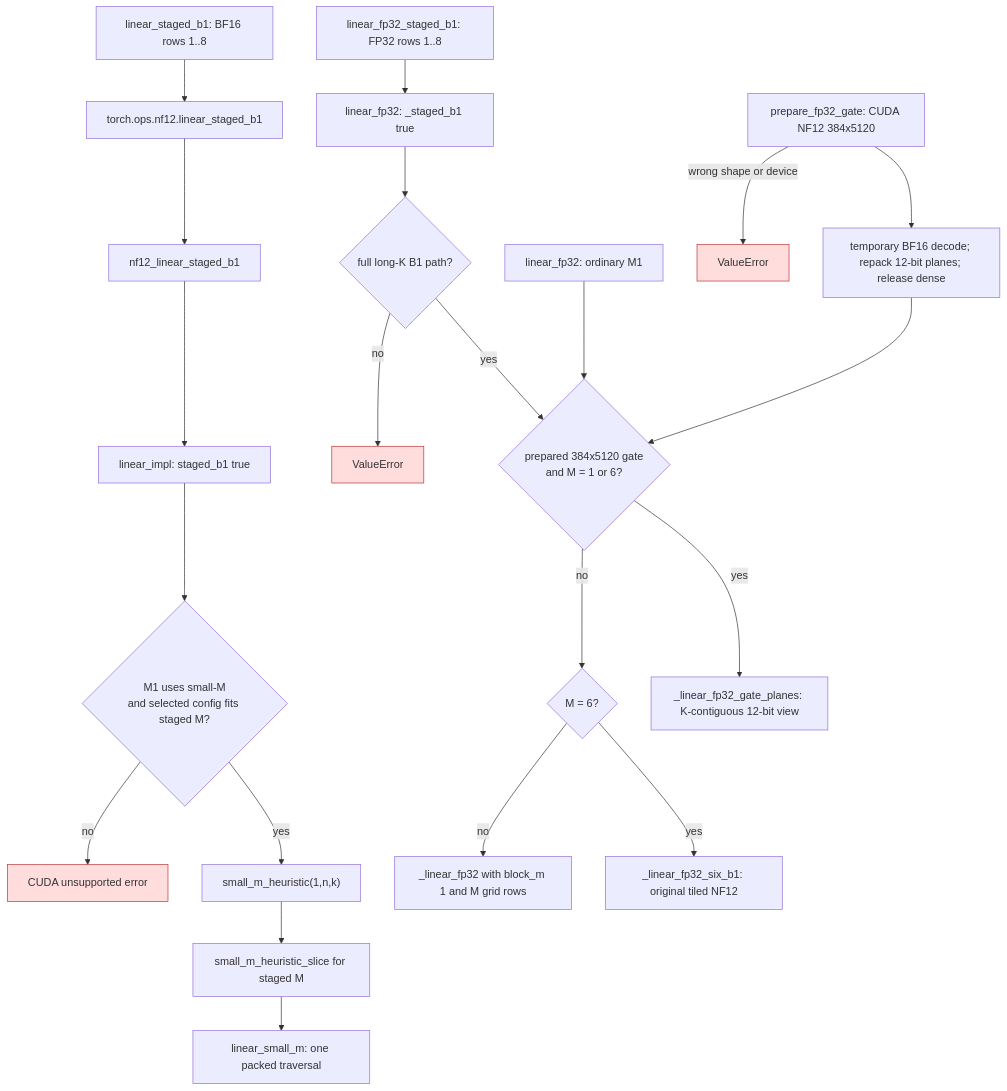
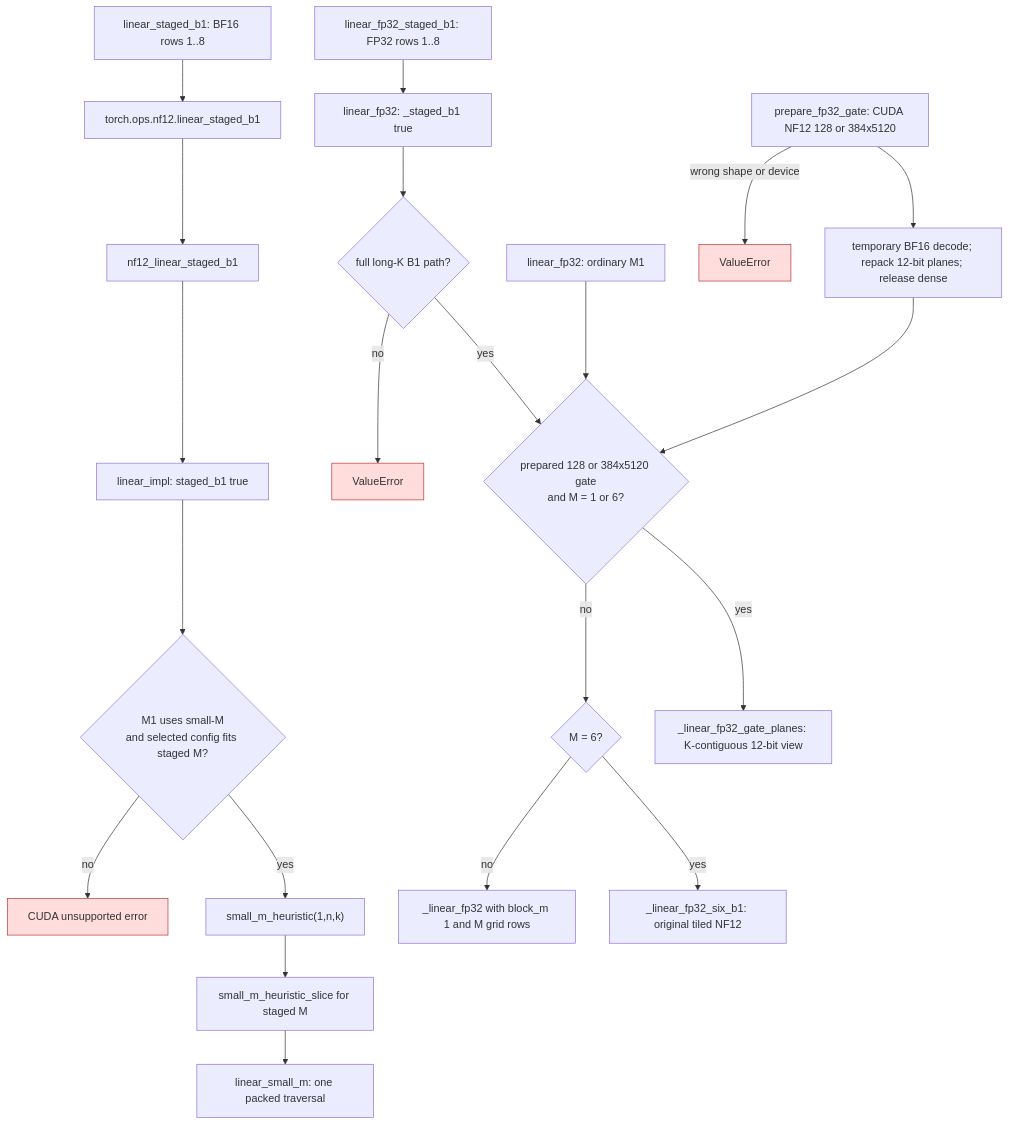
One commit to ModelCloud/GPTQModel changed the first of 2 diagrams in docs/nf12-staged-b1-projections.md. Above: the diagram before and after it, drawn with Mermaid. The commit also changed other lines of this file and 3 other files, not shown here.

Commit message:
perf(nf12): prepare compressed 128-row MTP gate views

````diff
--- a/docs/nf12-staged-b1-projections.md
+++ b/docs/nf12-staged-b1-projections.md
@@ -12,27 +12,27 @@
 ```mermaid
 flowchart TD
     A["linear_staged_b1: BF16 rows 1..8"] --> B["torch.ops.nf12.linear_staged_b1"]
     B --> C["nf12_linear_staged_b1"]
     C --> D["linear_impl: staged_b1 true"]
     D --> E{"M1 uses small-M<br/>and selected config fits staged M?"}
     E -->|yes| F["small_m_heuristic(1,n,k)"]
     F --> G["small_m_heuristic_slice for staged M"]
     G --> H["linear_small_m: one packed traversal"]
     E -->|no| X["CUDA unsupported error"]
     X:::error
     I["linear_fp32_staged_b1: FP32 rows 1..8"] --> J["linear_fp32: _staged_b1 true"]
     J --> K{"full long-K B1 path?"}
     T["linear_fp32: ordinary M1"] --> L
-    K -->|yes| L{"prepared 384x5120 gate<br/>and M = 1 or 6?"}
+    K -->|yes| L{"prepared 128 or 384x5120 gate<br/>and M = 1 or 6?"}
     L -->|yes| P["_linear_fp32_gate_planes: K-contiguous 12-bit view"]
     L -->|no| Q{"M = 6?"}
     Q -->|yes| M["_linear_fp32_six_b1: original tiled NF12"]
     Q -->|no| N["_linear_fp32 with block_m 1 and M grid rows"]
     K -->|no| Y["ValueError"]
-    R["prepare_fp32_gate: CUDA NF12 384x5120"] --> S["temporary BF16 decode; repack 12-bit planes; release dense"]
+    R["prepare_fp32_gate: CUDA NF12 128 or 384x5120"] --> S["temporary BF16 decode; repack 12-bit planes; release dense"]
     S --> L
     R -->|wrong shape or device| Z["ValueError"]
     Y:::error
     Z:::error
     classDef error fill:#fdd,stroke:#b33
 ```
````
